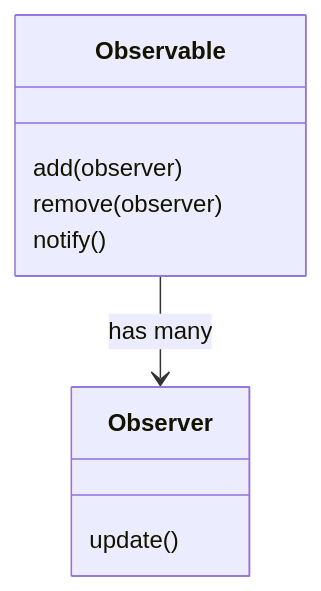
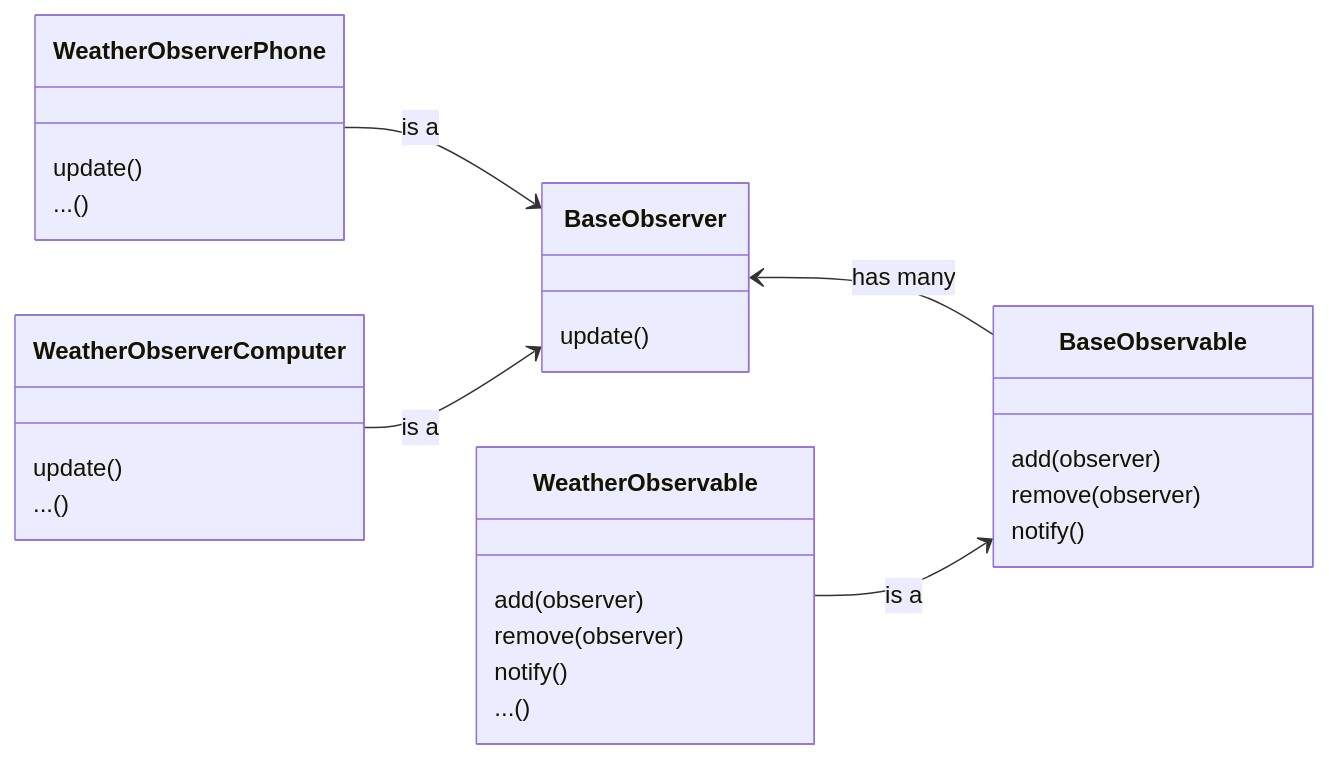
Before and after one commit to YCChenVictor/blog-frontend: the second of 2 diagrams in _posts/Computer_Science/design_pattern/2022-03-25-observer.md, drawn with Mermaid. The commit also changed 2 other files, not shown here.

Commit message:
update 2022/03/30

```diff
--- a/_posts/Computer_Science/design_pattern/2022-03-25-observer.md
+++ b/_posts/Computer_Science/design_pattern/2022-03-25-observer.md
@@ -36,10 +34,26 @@
 <div class="mermaid">
 classDiagram
-  Observable --> Observer : has many
+  direction RL
+  BaseObservable --> BaseObserver : has many
 
-  Observable : add(observer)
-  Observable : remove(observer)
-  Observable : notify()
+  BaseObservable : add(observer)
+  BaseObservable : remove(observer)
+  BaseObservable : notify()
 
-  Observer : update()
+  BaseObserver : update()
+
+  BaseObservable <-- WeatherObservable : is a
+  BaseObserver <-- WeatherObserverPhone : is a
+  BaseObserver <-- WeatherObserverComputer : is a
+
+  WeatherObservable : add(observer)
+  WeatherObservable : remove(observer)
+  WeatherObservable : notify()
+  WeatherObservable : ...()
+
+  WeatherObserverPhone : update()
+  WeatherObserverPhone : ...()
+
+  WeatherObserverComputer : update()
+  WeatherObserverComputer : ...()
 </div>
```
